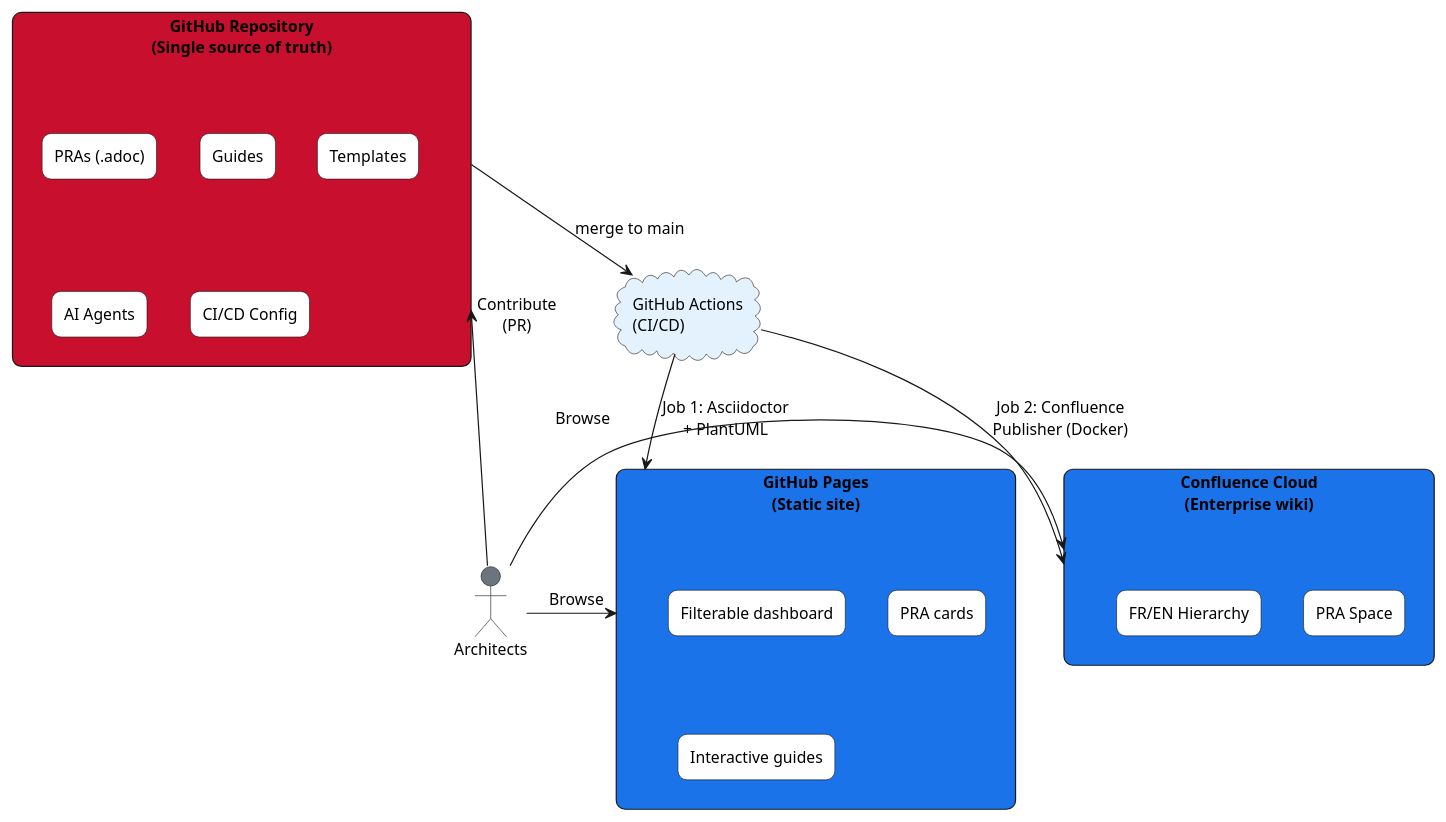
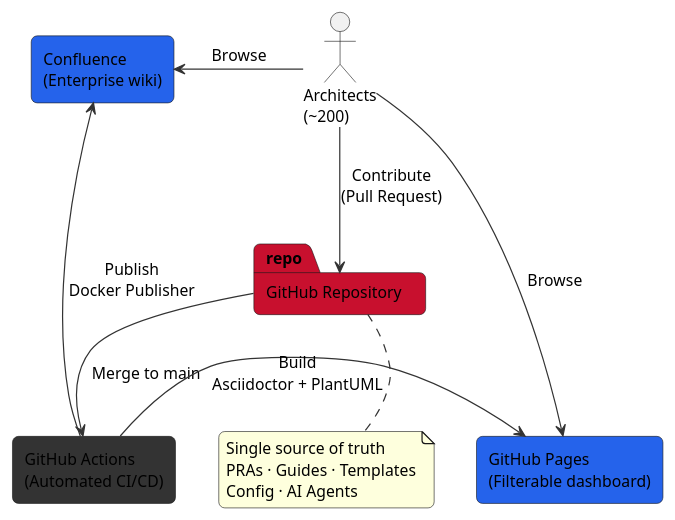
One commit to KiyaliHQ/proven-reusable-architecture changed the first of 7 diagrams in content/pras/en/overview.adoc. Above: the diagram before and after it, drawn with PlantUML. The commit also changed other lines of this file and 1 other file, not shown here.

First line of the commit message:
fix: improve PlantUML diagrams for stakeholder presentation

```diff
--- a/content/pras/en/overview.adoc
+++ b/content/pras/en/overview.adoc
@@ -14,45 +14,34 @@
 [plantuml]
 ----
 @startuml
 skinparam backgroundColor transparent
+skinparam defaultFontName "Segoe UI"
 skinparam defaultFontSize 13
-skinparam rectangle {
-  RoundCorner 15
+skinparam shadowing false
+skinparam roundCorner 10
+skinparam ArrowColor #333333
+
+actor "Architects\n(~200)" as arch
+
+package "GitHub Repository" as repo #c8102e {
 }
 
-skinparam cloud {
-  BackgroundColor #f8f9fa
-}
+rectangle "GitHub Actions\n(Automated CI/CD)" as ci #333333
 
-rectangle "GitHub Repository\n(Single source of truth)" as repo #c8102e {
-  rectangle "PRAs (.adoc)" as pras #fff
-  rectangle "Guides" as guides #fff
-  rectangle "Templates" as templates #fff
-  rectangle "AI Agents" as agents #fff
-  rectangle "CI/CD Config" as cicd_conf #fff
-}
+rectangle "GitHub Pages\n(Filterable dashboard)" as ghp #2563eb
+rectangle "Confluence\n(Enterprise wiki)" as conf #2563eb
 
-cloud "GitHub Actions\n(CI/CD)" as cicd #e3f2fd
+arch -down-> repo : Contribute\n(Pull Request)
+repo -down-> ci : Merge to main
+ci -right-> ghp : Build\nAsciidoctor + PlantUML
+ci -left-> conf : Publish\nDocker Publisher
+arch -right-> ghp : Browse
+arch -left-> conf : Browse
 
-rectangle "GitHub Pages\n(Static site)" as ghpages #1a73e8 {
-  rectangle "Filterable dashboard" as dash #fff
-  rectangle "PRA cards" as fiches #fff
-  rectangle "Interactive guides" as guidesWeb #fff
-}
-
-rectangle "Confluence Cloud\n(Enterprise wiki)" as confluence #1a73e8 {
-  rectangle "PRA Space" as confSpace #fff
-  rectangle "FR/EN Hierarchy" as confTree #fff
-}
-
-actor "Architects" as arch #6c757d
-
-repo -down-> cicd : merge to main
-cicd -down-> ghpages : Job 1: Asciidoctor\n+ PlantUML
-cicd -down-> confluence : Job 2: Confluence\nPublisher (Docker)
-
-arch -right-> ghpages : Browse
-arch -right-> confluence : Browse
-arch -up-> repo : Contribute\n(PR)
+note bottom of repo
+  Single source of truth
+  PRAs · Guides · Templates
+  Config · AI Agents
+end note
 @enduml
 ----
```
